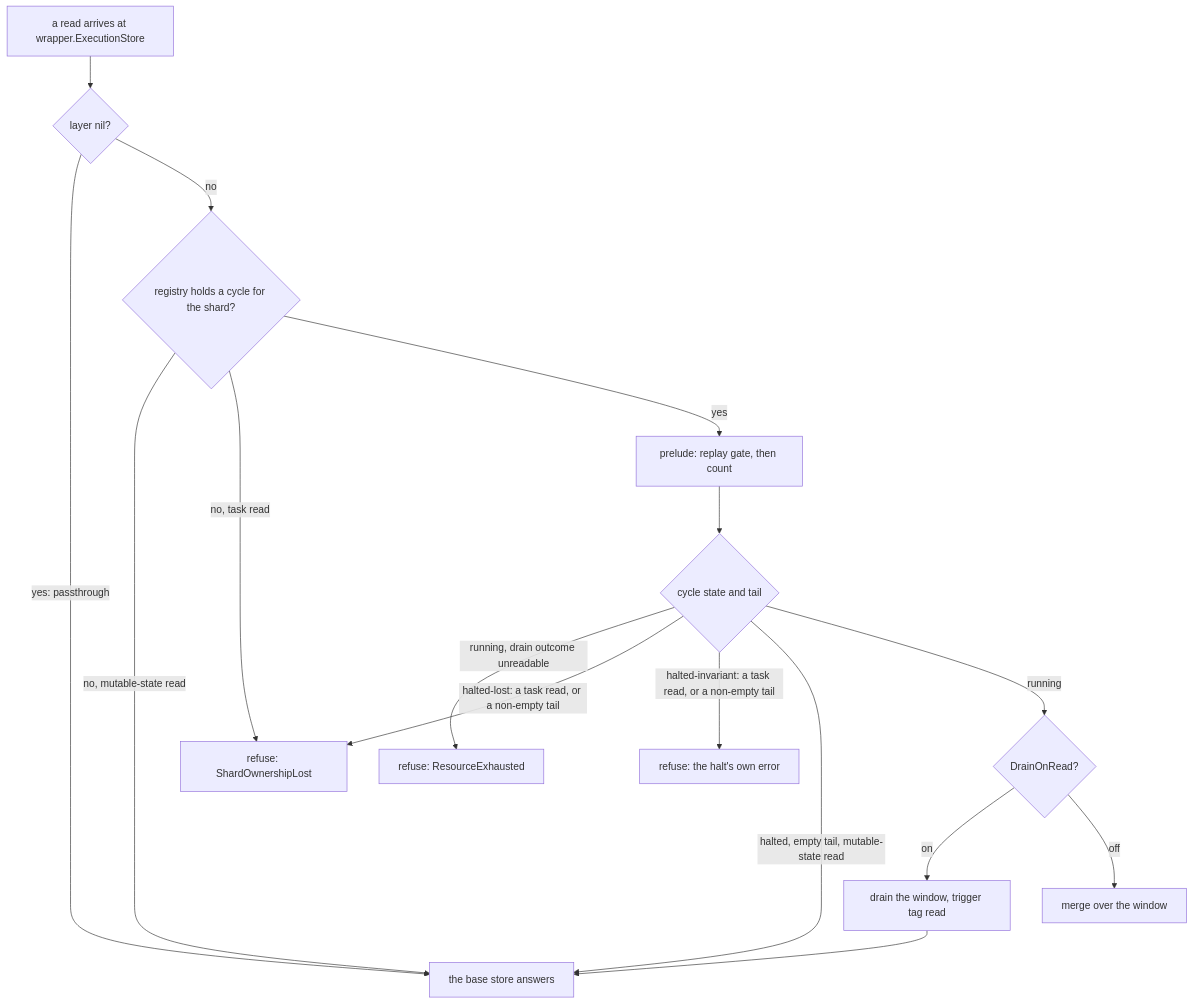
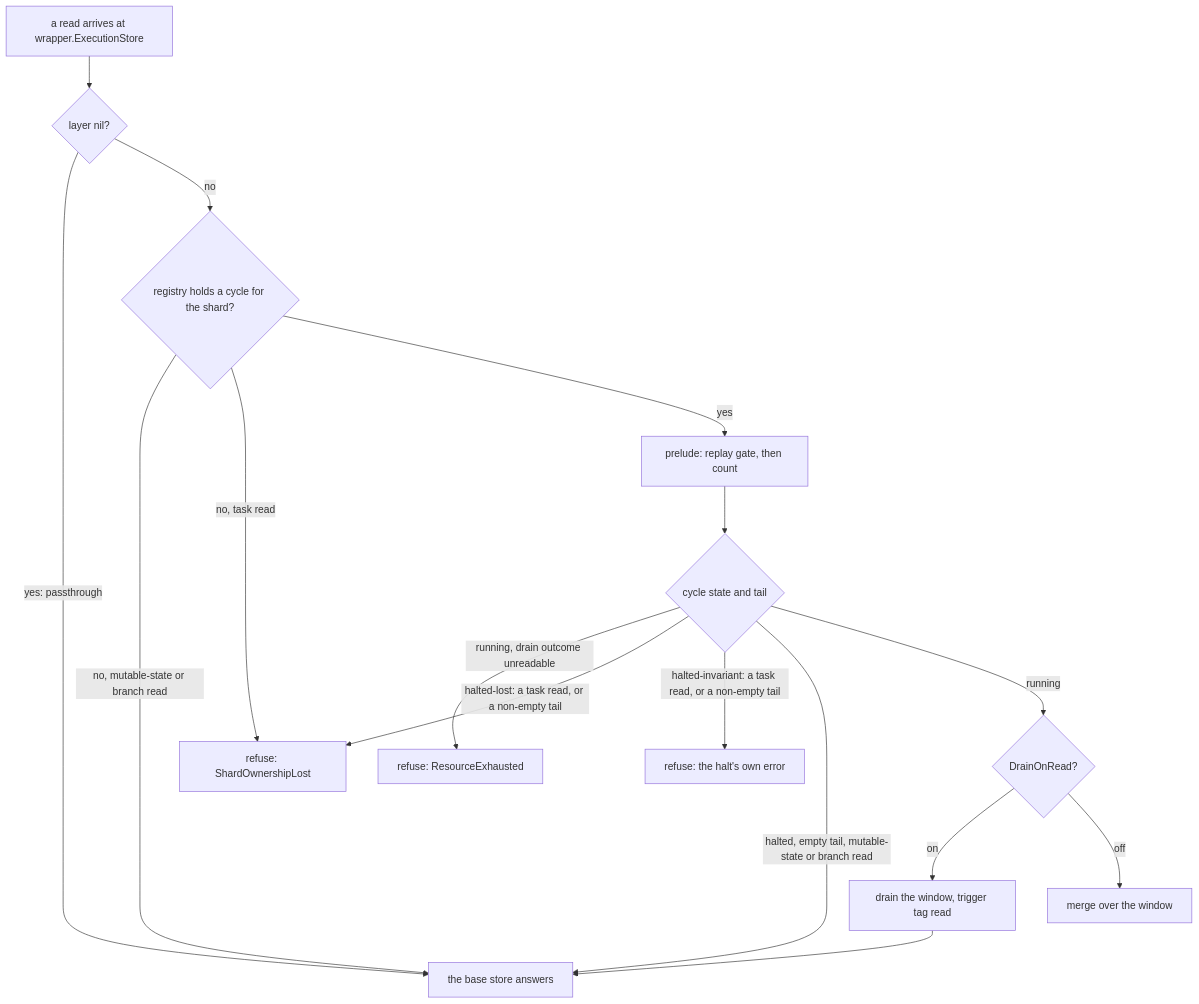
Before and after one commit to aromanovich/waltz: the first of 4 diagrams in docs/handbook/07-read-path.md, drawn with Mermaid. The commit also changed other lines of this file and 42 other files, not shown here.

````diff
--- a/docs/handbook/07-read-path.md
+++ b/docs/handbook/07-read-path.md
@@ -129,18 +133,18 @@
 ```mermaid
 flowchart TD
     A["a read arrives at wrapper.ExecutionStore"] --> B{"layer nil?"}
     B -->|"yes: passthrough"| Z["the base store answers"]
     B -->|"no"| C{"registry holds a cycle for the shard?"}
-    C -->|"no, mutable-state read"| Z
+    C -->|"no, mutable-state or branch read"| Z
     C -->|"no, task read"| L["refuse: ShardOwnershipLost"]
     C -->|"yes"| D["prelude: replay gate, then count"]
     D --> E{"cycle state and tail"}
     E -->|"running, drain outcome unreadable"| R["refuse: ResourceExhausted"]
     E -->|"halted-lost: a task read, or a non-empty tail"| L
     E -->|"halted-invariant: a task read, or a non-empty tail"| H["refuse: the halt's own error"]
-    E -->|"halted, empty tail, mutable-state read"| Z
+    E -->|"halted, empty tail, mutable-state or branch read"| Z
     E -->|"running"| F{"DrainOnRead?"}
     F -->|"on"| G["drain the window, trigger tag read"]
     G --> Z
     F -->|"off"| M["merge over the window"]
 ```
````
